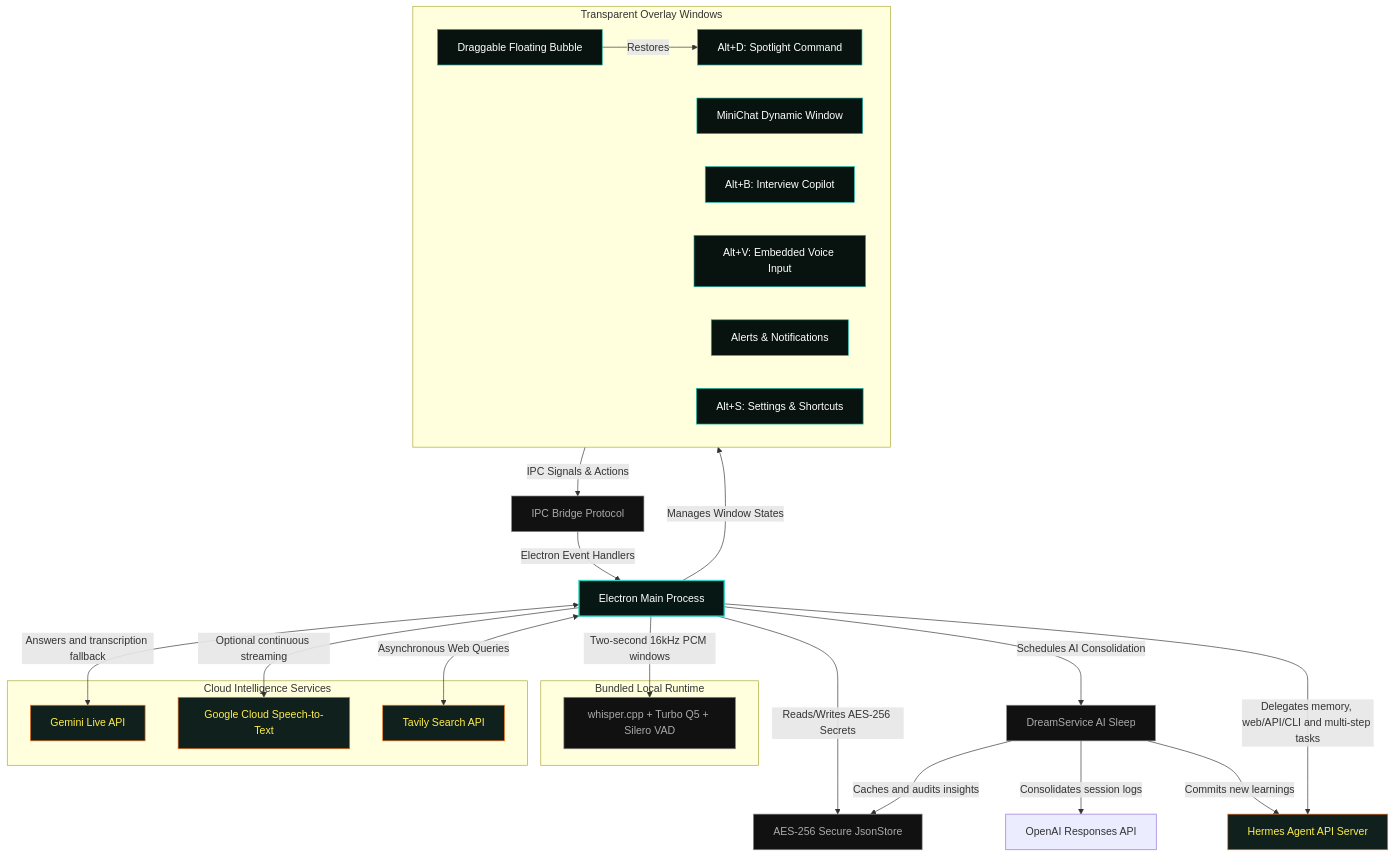
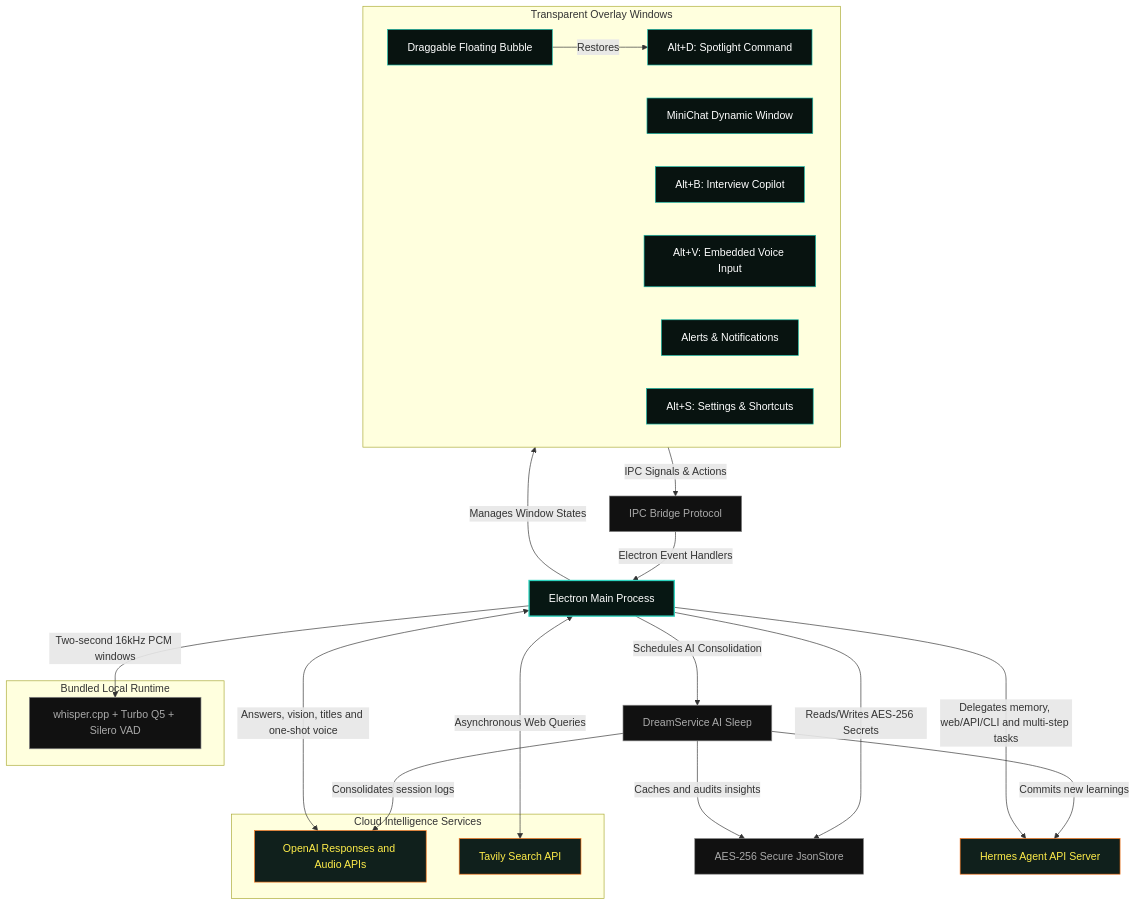
Before and after one commit to fbsis/hades-agent: the diagram in README.md, drawn with Mermaid. The commit also changed other lines of this file and 64 other files, not shown here.

````diff
--- a/README.md
+++ b/README.md
@@ -206,50 +209,48 @@
 ```mermaid
 graph TD
     classDef main fill:#071713,stroke:#2dd4bf,stroke-width:2px,color:#fff;
     classDef float fill:#081310,stroke:#14b8a6,stroke-width:1px,color:#fff;
     classDef service fill:#111,stroke:#888,stroke-width:1px,color:#aaa;
     classDef external fill:#10201c,stroke:#f97316,stroke-width:1px,color:#ffed4a;
 
     Main[Electron Main Process]:::main
     
     subgraph UI_Layers [Transparent Overlay Windows]
         CommandBar[Alt+D: Spotlight Command]:::float
         MiniChat[MiniChat Dynamic Window]:::float
         Susurro[Alt+B: Interview Copilot]:::float
         Voice[Alt+V: Embedded Voice Input]:::float
         Bubble[Draggable Floating Bubble]:::float
         Notification[Alerts & Notifications]:::float
         Settings[Alt+S: Settings & Shortcuts]:::float
     end
     
     SSoT[IPC Bridge Protocol]:::service
     Store[AES-256 Secure JsonStore]:::service
     Dream[DreamService AI Sleep]:::service
     Hermes[Hermes Agent API Server]:::external
     
     subgraph Local_AI [Bundled Local Runtime]
         Whisper[whisper.cpp + Turbo Q5 + Silero VAD]:::service
     end
 
     subgraph Cloud_APIs [Cloud Intelligence Services]
-        Gemini[Gemini Live API]:::external
-        Speech[Google Cloud Speech-to-Text]:::external
+        OpenAI[OpenAI Responses and Audio APIs]:::external
         Tavily[Tavily Search API]:::external
     end
 
     Main -->|Manages Window States| UI_Layers
     Bubble -->|Restores| CommandBar
     UI_Layers -->|IPC Signals & Actions| SSoT
     SSoT -->|Electron Event Handlers| Main
     Main -->|Reads/Writes AES-256 Secrets| Store
     Main -->|Schedules AI Consolidation| Dream
-    Dream -->|Consolidates session logs| OpenAI[OpenAI Responses API]
+    Dream -->|Consolidates session logs| OpenAI
     Dream -->|Caches and audits insights| Store
     Dream -->|Commits new learnings| Hermes
     Main -->|Delegates memory, web/API/CLI and multi-step tasks| Hermes
     
     Main -->|Two-second 16kHz PCM windows| Whisper
-    Main -->|Optional continuous streaming| Speech
-    Main <-->|Answers and transcription fallback| Gemini
+    Main <-->|Answers, vision, titles and one-shot voice| OpenAI
     Main <-->|Asynchronous Web Queries| Tavily
 ```
````
